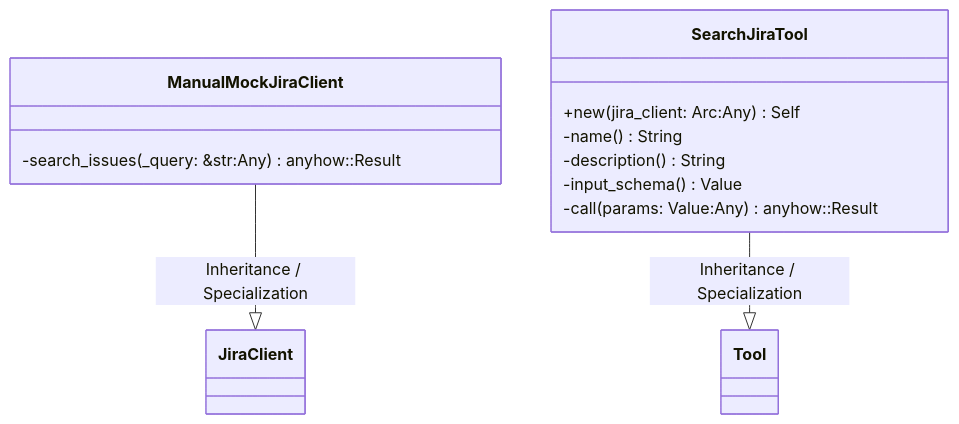
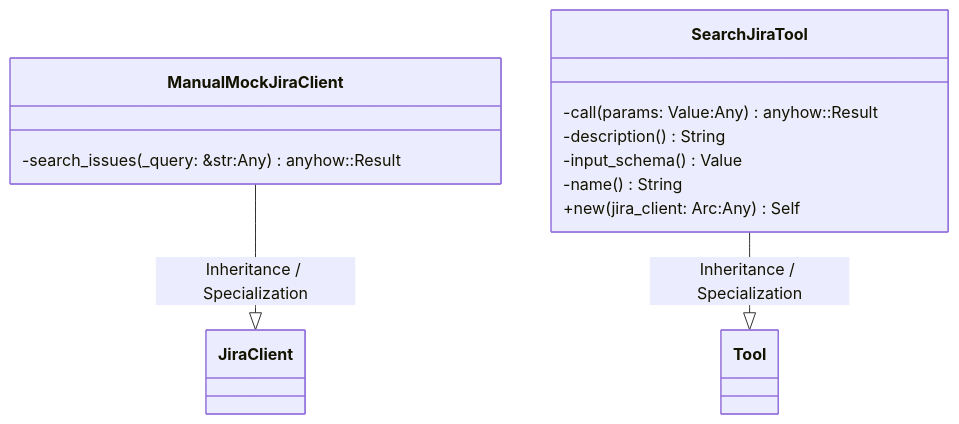
Before and after one commit to lgcorzo/rust_CACD_autonomous_factory: the first of 2 diagrams in openwiki/crates_factory-mcp-server_src_tools_search_jira_rs.md, drawn with Mermaid. The commit also changed other lines of this file and 76 other files, not shown here.

````diff
--- a/openwiki/crates_factory-mcp-server_src_tools_search_jira_rs.md
+++ b/openwiki/crates_factory-mcp-server_src_tools_search_jira_rs.md
@@ -109,17 +109,17 @@
 ```mermaid
 classDiagram
     direction BT
     class ManualMockJiraClient {
         -search_issues(_query: &str:Any) anyhow::Result<String>
     }
     JiraClient <|-- ManualMockJiraClient : Inheritance / Specialization
     class SearchJiraTool {
-        +new(jira_client: Arc<dyn JiraClient>:Any) Self
-        -name() String
+        -call(params: Value:Any) anyhow::Result<CallToolResult>
         -description() String
         -input_schema() Value
-        -call(params: Value:Any) anyhow::Result<CallToolResult>
+        -name() String
+        +new(jira_client: Arc<dyn JiraClient>:Any) Self
     }
     Tool <|-- SearchJiraTool : Inheritance / Specialization
 
 ```
````
